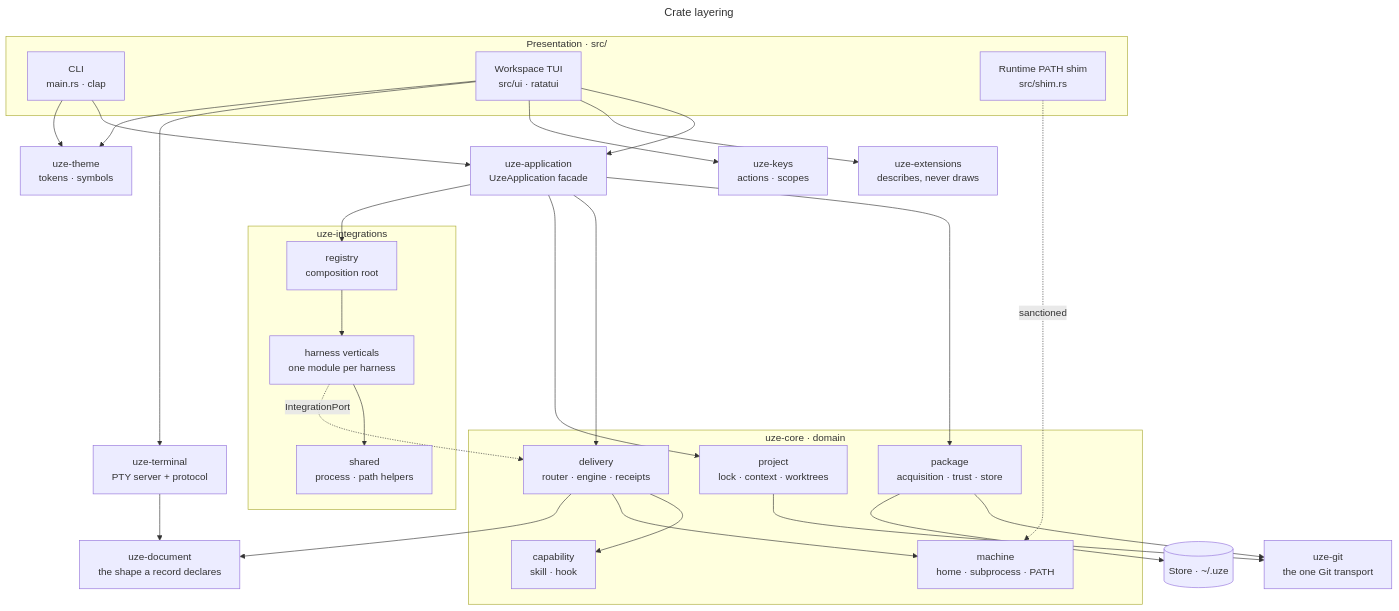
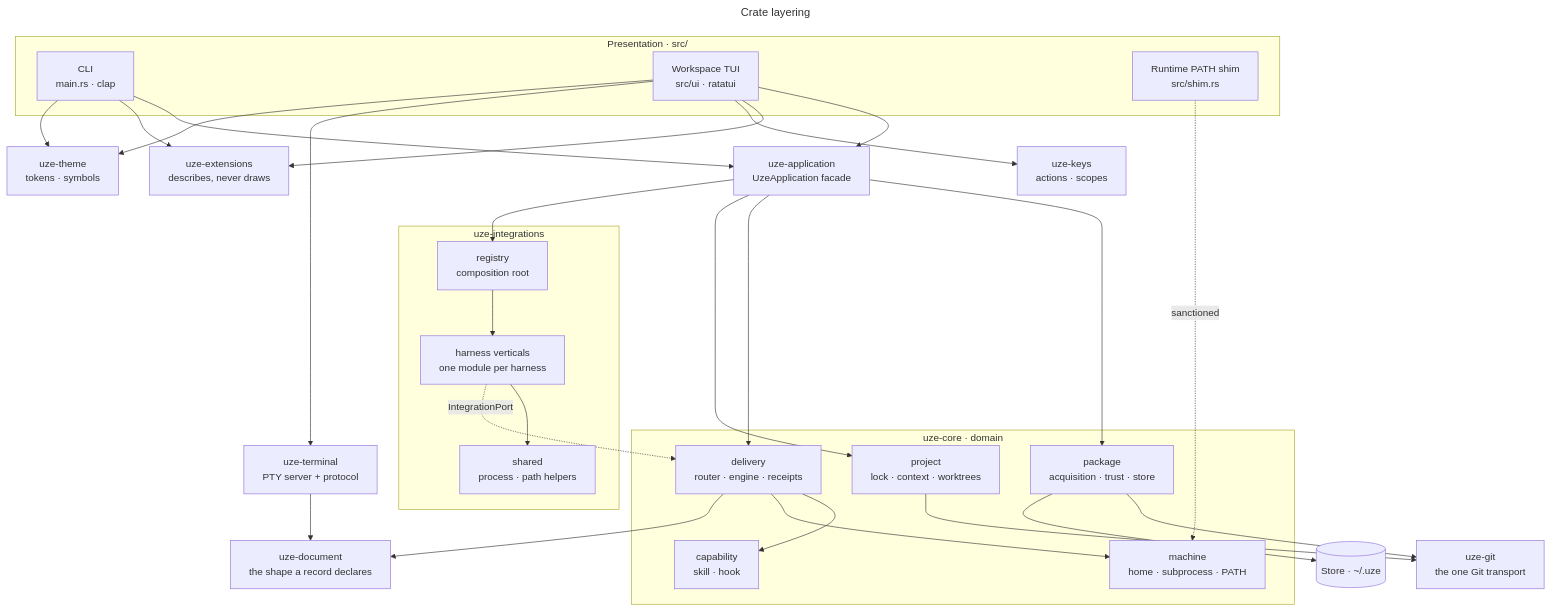
Before and after one commit to hiukky/uze: the diagram in docs/architecture/crate-layering.mmd, drawn with Mermaid. The commit also changed 23 other files, not shown here.

First line of the commit message:
feat(architect): add uze agent artifacts check (#89)

```diff
--- a/docs/architecture/crate-layering.mmd
+++ b/docs/architecture/crate-layering.mmd
@@ -1,52 +1,53 @@
 ---
 title: Crate layering
 ---
 flowchart TD
   subgraph presentation [Presentation · src/]
     cli[CLI<br/>main.rs · clap]
     tui[Workspace TUI<br/>src/ui · ratatui]
     shim[Runtime PATH shim<br/>src/shim.rs]
   end
   ext[uze-extensions<br/>describes, never draws]
   keys[uze-keys<br/>actions · scopes]
   theme[uze-theme<br/>tokens · symbols]
   terminal[uze-terminal<br/>PTY server + protocol]
   app[uze-application<br/>UzeApplication facade]
   subgraph core [uze-core · domain]
     package[package<br/>acquisition · trust · store]
     capability[capability<br/>skill · hook]
     delivery[delivery<br/>router · engine · receipts]
     project[project<br/>lock · context · worktrees]
     machine[machine<br/>home · subprocess · PATH]
   end
   subgraph integrations [uze-integrations]
     registry[registry<br/>composition root]
     verticals[harness verticals<br/>one module per harness]
     shared[shared<br/>process · path helpers]
   end
   git[uze-git<br/>the one Git transport]
   document[uze-document<br/>the shape a record declares]
   store[(Store · ~/.uze)]
 
   cli --> app
   tui --> app
   tui --> ext
+  cli --> ext
   tui --> keys
   tui --> terminal
   cli --> theme
   tui --> theme
   shim -.->|sanctioned| machine
   app --> package
   app --> delivery
   app --> project
   app --> registry
   registry --> verticals
   verticals --> shared
   verticals -.->|IntegrationPort| delivery
   delivery --> capability
   delivery --> machine
   package --> git
   project --> git
   package --> store
   delivery --> document
   terminal --> document
```
